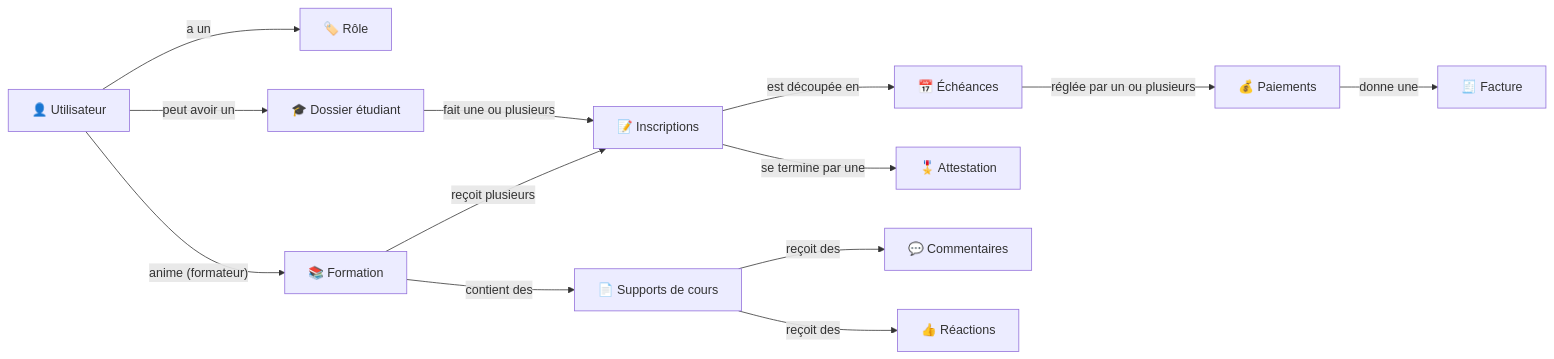
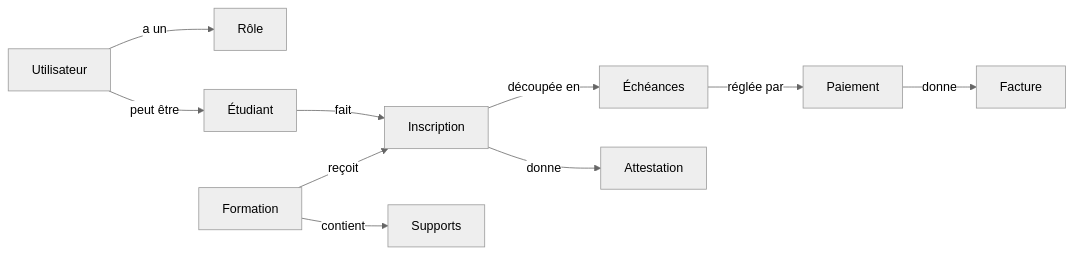
Before and after one commit to eliaTolojanahary/gestionFormation_stage: the ninth of 9 diagrams in FLUX-MEMOIRE.md, drawn with Mermaid. The commit also changed other lines of this file and 163 other files, not shown here.

````diff
--- a/FLUX-MEMOIRE.md
+++ b/FLUX-MEMOIRE.md
@@ -1494,15 +1916,13 @@
 ```mermaid
+%%{init: {'theme':'neutral'}}%%
 flowchart LR
-    U["👤 Utilisateur"] -- "a un" --> R["🏷️ Rôle"]
-    U -- "peut avoir un" --> ET["🎓 Dossier étudiant"]
-    ET -- "fait une ou plusieurs" --> I["📝 Inscriptions"]
-    F["📚 Formation"] -- "reçoit plusieurs" --> I
-    U -- "anime (formateur)" --> F
-    I -- "est découpée en" --> EC["📅 Échéances"]
-    EC -- "réglée par un ou plusieurs" --> P["💰 Paiements"]
-    P -- "donne une" --> FA["🧾 Facture"]
-    I -- "se termine par une" --> AT["🎖️ Attestation"]
-    F -- "contient des" --> S["📄 Supports de cours"]
-    S -- "reçoit des" --> C["💬 Commentaires"]
-    S -- "reçoit des" --> RE["👍 Réactions"]
+    U[Utilisateur] -- a un --> R[Rôle]
+    U -- peut être --> ET[Étudiant]
+    ET -- fait --> I[Inscription]
+    F[Formation] -- reçoit --> I
+    I -- découpée en --> EC[Échéances]
+    EC -- réglée par --> P[Paiement]
+    P -- donne --> FA[Facture]
+    I -- donne --> AT[Attestation]
+    F -- contient --> S[Supports]
 ```
````
